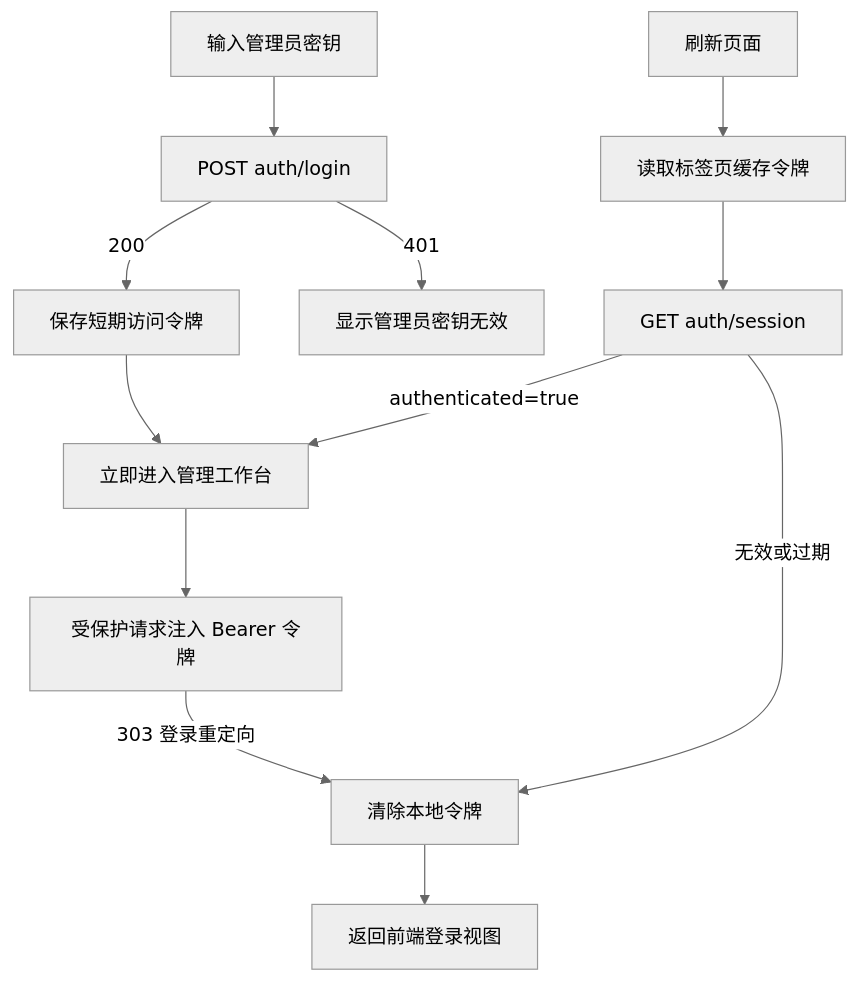
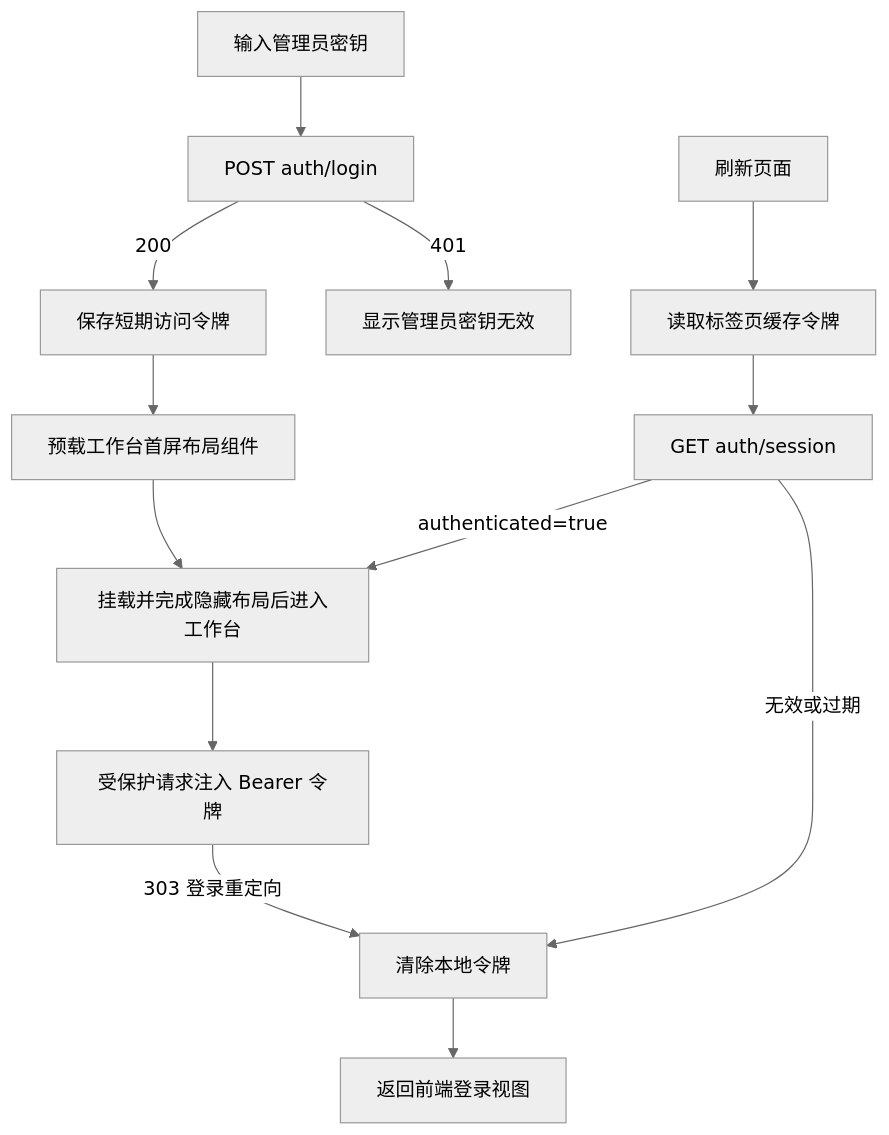
The diagram in description/features/admin-authentication.md (caicai-6666/flame-sport-pheno-manage-fe), drawn with Mermaid (neutral theme) before and after one commit. The commit also changed other lines of this file and 8 other files, not shown here.

````diff
--- a/description/features/admin-authentication.md
+++ b/description/features/admin-authentication.md
@@ -16,14 +16,15 @@
 ```mermaid
 flowchart TD
   A[输入管理员密钥] --> B[POST auth/login]
   B -->|200| C[保存短期访问令牌]
   B -->|401| D[显示管理员密钥无效]
-  C --> E[立即进入管理工作台]
+  C --> C1[预载工作台首屏布局组件]
+  C1 --> E[挂载并完成隐藏布局后进入工作台]
   E --> F[受保护请求注入 Bearer 令牌]
   F -->|303 登录重定向| G[清除本地令牌]
   G --> H[返回前端登录视图]
   I[刷新页面] --> J[读取标签页缓存令牌]
   J --> K[GET auth/session]
   K -->|authenticated=true| E
   K -->|无效或过期| G
 ```
````
